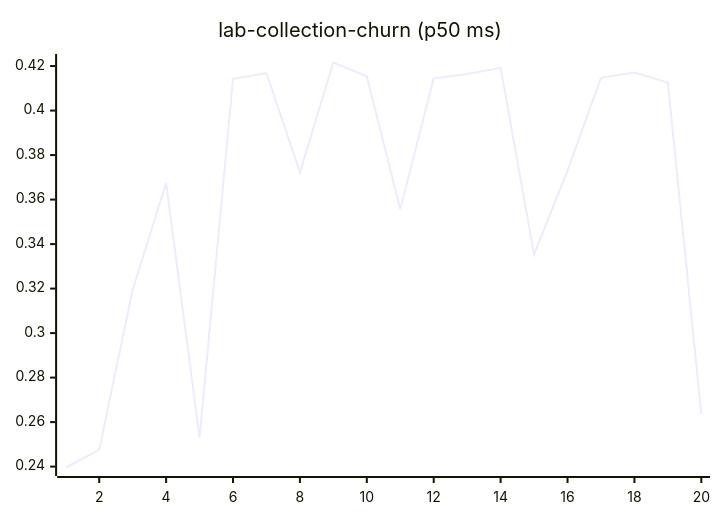
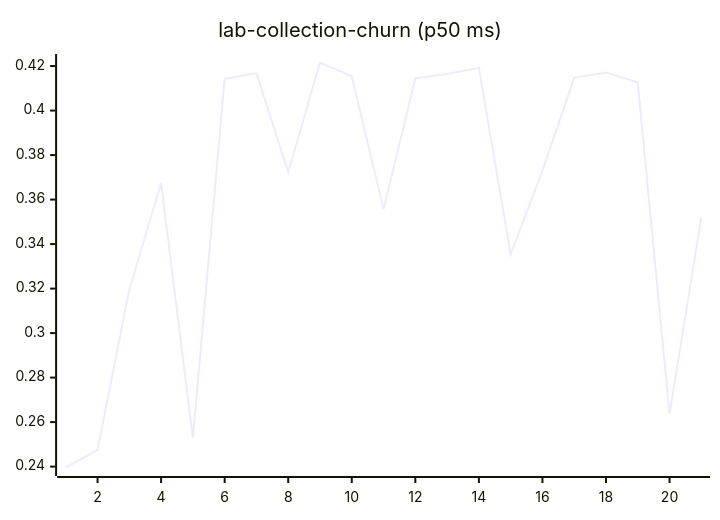
Diagram 11 of 27 in README.md (josha/Facet), drawn with Mermaid before and after one commit. The commit also changed other lines of this file and 2 other files, not shown here.

````diff
--- a/README.md
+++ b/README.md
@@ -133,6 +133,6 @@
 ```mermaid
 xychart-beta
     title "lab-collection-churn (p50 ms)"
-    x-axis 1 --> 20
-    line [0.2396, 0.2475, 0.3195, 0.3675, 0.2530, 0.4143, 0.4168, 0.3722, 0.4216, 0.4154, 0.3556, 0.4145, 0.4164, 0.4192, 0.3354, 0.3730, 0.4147, 0.4171, 0.4126, 0.2636]
+    x-axis 1 --> 21
+    line [0.2396, 0.2475, 0.3195, 0.3675, 0.2530, 0.4143, 0.4168, 0.3722, 0.4216, 0.4154, 0.3556, 0.4145, 0.4164, 0.4192, 0.3354, 0.3730, 0.4147, 0.4171, 0.4126, 0.2636, 0.3521]
 ```
````
